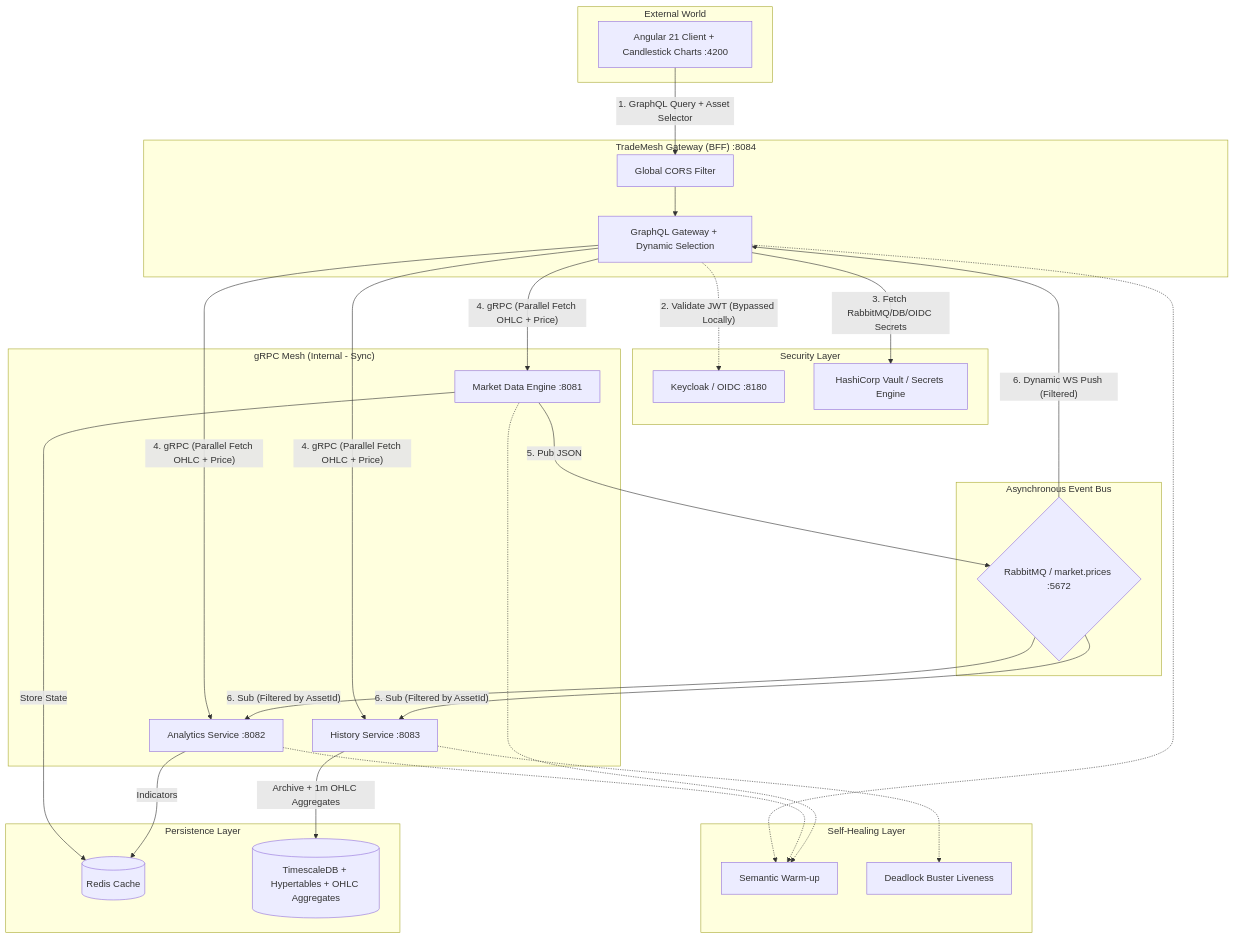
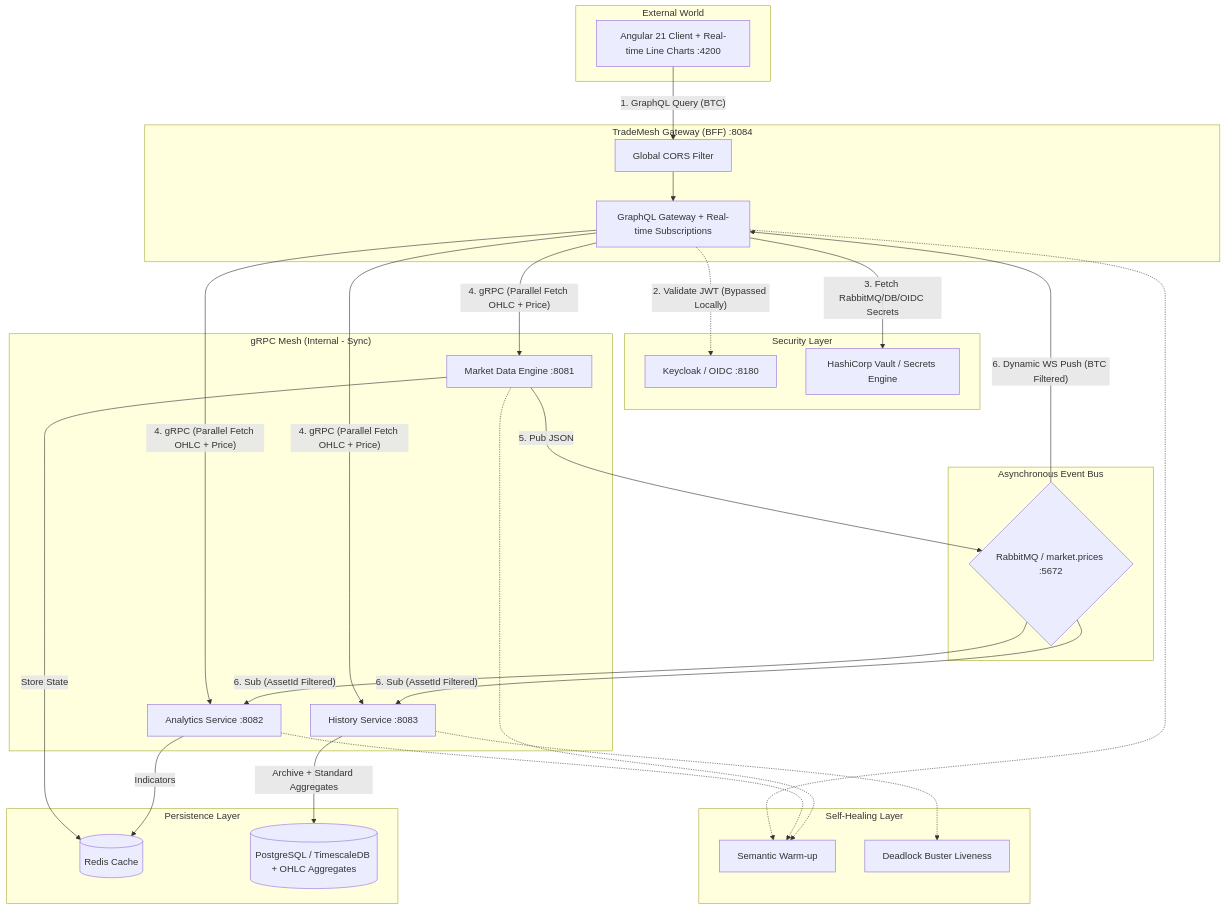
The diagram in README.md (dawidbera/trade-mesh), drawn with Mermaid before and after one commit. The commit also changed other lines of this file and 11 other files, not shown here.

Commit message:
Refactor TradeMesh: simplify to BTC-only dashboard, fix RabbitMQ isolation, and update documentation

````diff
--- a/README.md
+++ b/README.md
@@ -18,64 +18,64 @@
 ```mermaid
 graph TD
     subgraph "External World"
-        Client[Angular 21 Client + Candlestick Charts :4200]
+        Client[Angular 21 Client + Real-time Line Charts :4200]
     end
 
     subgraph "Security Layer"
         Auth[Keycloak / OIDC :8180]
         Vault[HashiCorp Vault / Secrets Engine]
     end
 
     subgraph "TradeMesh Gateway (BFF) :8084"
         CORS[Global CORS Filter]
-        Gateway[GraphQL Gateway + Dynamic Selection]
+        Gateway[GraphQL Gateway + Real-time Subscriptions]
     end
 
     subgraph "gRPC Mesh (Internal - Sync)"
         Market[Market Data Engine :8081]
         Analytics[Analytics Service :8082]
         History[History Service :8083]
     end
 
     subgraph "Self-Healing Layer"
         Warmup[Semantic Warm-up]
         Buster[Deadlock Buster Liveness]
     end
 
     subgraph "Asynchronous Event Bus"
         RabbitMQ{RabbitMQ / market.prices :5672}
     end
 
     subgraph "Persistence Layer"
         Redis[(Redis Cache)]
-        Timescale[(TimescaleDB + Hypertables + OHLC Aggregates)]
+        Timescale[(PostgreSQL / TimescaleDB + OHLC Aggregates)]
     end
 
     %% Request Flows
-    Client -- "1. GraphQL Query + Asset Selector" --> CORS
+    Client -- "1. GraphQL Query (BTC)" --> CORS
     CORS --> Gateway
     Gateway -. "2. Validate JWT (Bypassed Locally)" .-> Auth
     Gateway -- "3. Fetch RabbitMQ/DB/OIDC Secrets" --> Vault
     
     %% Internal gRPC calls (Sync)
     Gateway -- "4. gRPC (Parallel Fetch OHLC + Price)" --> Market
     Gateway -- "4. gRPC (Parallel Fetch OHLC + Price)" --> Analytics
     Gateway -- "4. gRPC (Parallel Fetch OHLC + Price)" --> History
 
     %% Event Flow (Async)
     Market -- "5. Pub JSON" --> RabbitMQ
-    RabbitMQ -- "6. Sub (Filtered by AssetId)" --> Analytics
-    RabbitMQ -- "6. Sub (Filtered by AssetId)" --> History
-    RabbitMQ -- "6. Dynamic WS Push (Filtered)" --> Gateway
+    RabbitMQ -- "6. Sub (AssetId Filtered)" --> Analytics
+    RabbitMQ -- "6. Sub (AssetId Filtered)" --> History
+    RabbitMQ -- "6. Dynamic WS Push (BTC Filtered)" --> Gateway
     
     %% Storage
     Market -- "Store State" --> Redis
     Analytics -- "Indicators" --> Redis
-    History -- "Archive + 1m OHLC Aggregates" --> Timescale
+    History -- "Archive + Standard Aggregates" --> Timescale
 
     %% Reliability & Healing
     History -.-> Buster
     Gateway -.-> Warmup
     Analytics -.-> Warmup
     Market -.-> Warmup
 ```
````
